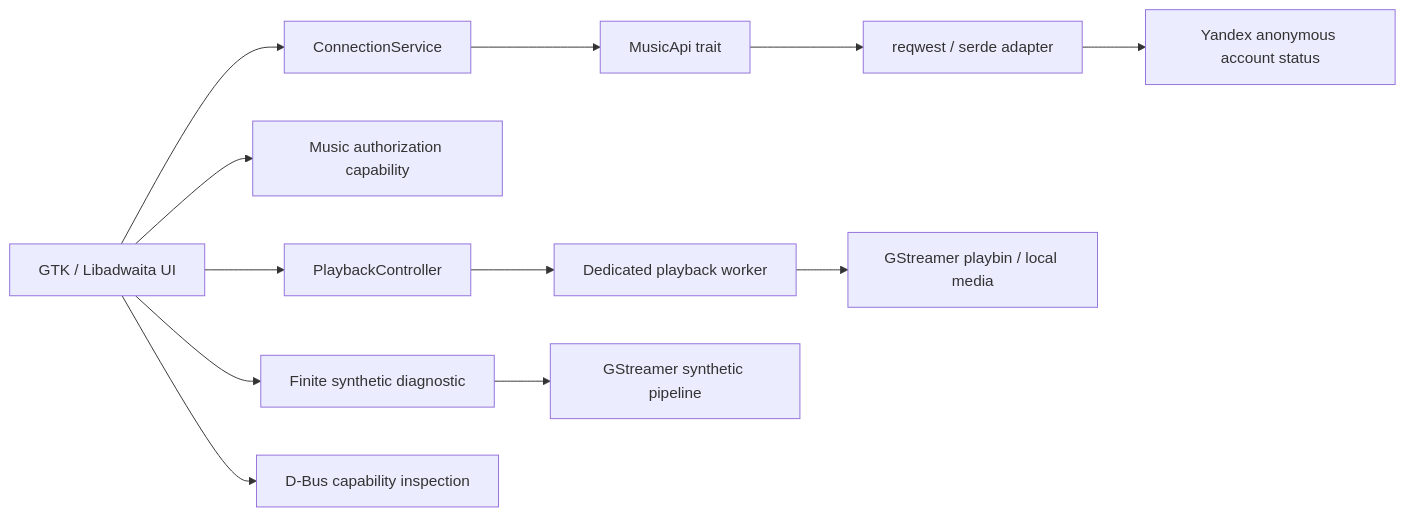
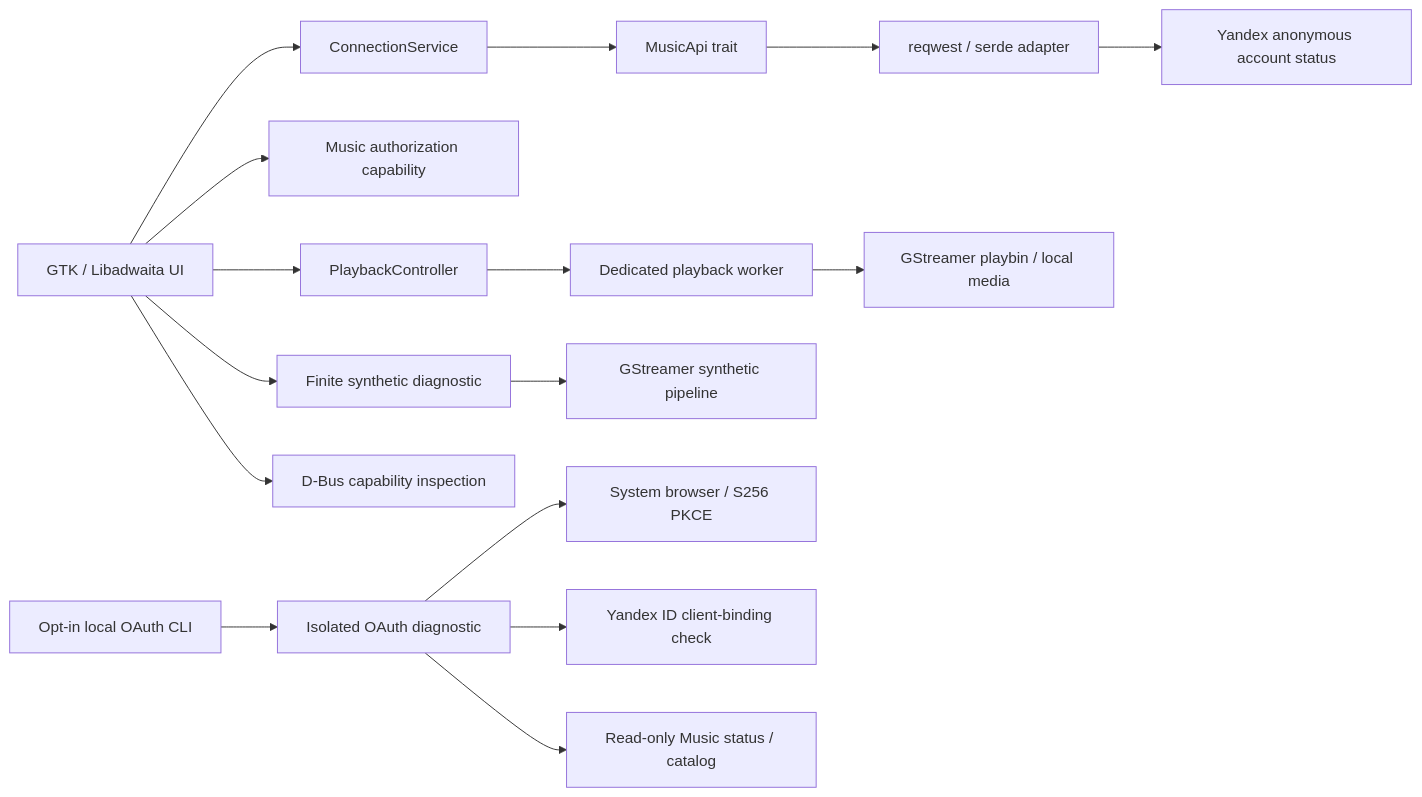
Before and after one commit to tracerxbrhd/karin: the diagram in docs/ARCHITECTURE.md, drawn with Mermaid. The commit also changed other lines of this file and 22 other files, not shown here.

Commit message:
Add local own-client OAuth PKCE diagnostic for Gate B1

````diff
--- a/docs/ARCHITECTURE.md
+++ b/docs/ARCHITECTURE.md
@@ -8,14 +8,18 @@
 ```mermaid
 flowchart LR
   UI[GTK / Libadwaita UI] --> Service[ConnectionService]
   Service --> Boundary[MusicApi trait]
   Boundary --> API[reqwest / serde adapter]
   API --> Remote[Yandex anonymous account status]
   UI --> Capability[Music authorization capability]
   UI --> Player[PlaybackController]
   Player --> Worker[Dedicated playback worker]
   Worker --> Playbin[GStreamer playbin / local media]
   UI --> Audio[Finite synthetic diagnostic]
   Audio --> GST[GStreamer synthetic pipeline]
   UI --> Platform[D-Bus capability inspection]
+  CLI[Opt-in local OAuth CLI] --> OAuth[Isolated OAuth diagnostic]
+  OAuth --> Browser[System browser / S256 PKCE]
+  OAuth --> ID[Yandex ID client-binding check]
+  OAuth --> Music[Read-only Music status / catalog]
 ```
````
